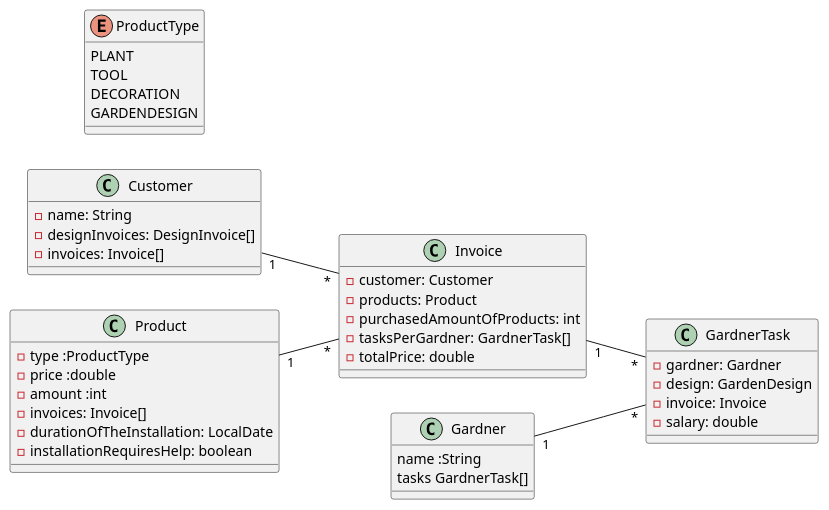
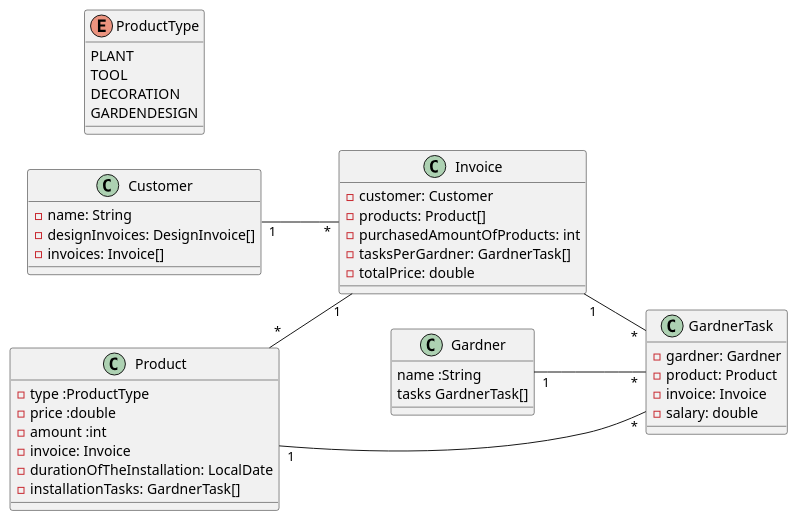
One commit to 2223-4bhitm-sew/01-microproject-Abdulrahman-AL-Sabagh changed the diagram in asciidocs/plantuml/cld.puml. Above: the diagram before and after it, drawn with PlantUML.

Commit message:
Update cld.puml
Trouble shooting

```diff
--- a/asciidocs/plantuml/cld.puml
+++ b/asciidocs/plantuml/cld.puml
@@ -1,54 +1,50 @@
 @startuml
 left to right direction
 class Customer {
     - name: String
     - designInvoices: DesignInvoice[]
     - invoices: Invoice[]
 }
-
 class Gardner {
     name :String
     tasks GardnerTask[]
-
 }
 class Product {
-
  - type :ProductType
  - price :double
  - amount :int
- - invoices: Invoice[]
+ - invoice: Invoice
  - durationOfTheInstallation: LocalDate
- - installationRequiresHelp: boolean
+ - installationTasks: GardnerTask[]
 
 }
-
 
 enum ProductType {
     PLANT
     TOOL
     DECORATION
     GARDENDESIGN
 }
 
 class GardnerTask {
     - gardner: Gardner
-    - design: GardenDesign
+    - product: Product
     - invoice: Invoice
     - salary: double
 }
 class Invoice  {
     - customer: Customer
-    - products: Product
+    - products: Product[]
     - purchasedAmountOfProducts: int
     - tasksPerGardner: GardnerTask[]
     - totalPrice: double
 
 }
 
-
+Product "1" -- "*" GardnerTask
 Invoice "1" -- "*" GardnerTask
 Gardner "1" -- "*" GardnerTask
 Customer "1" -- "*" Invoice
-Product "1" -- "*" Invoice
+Product "*" -- "1" Invoice
 
 @enduml
```
